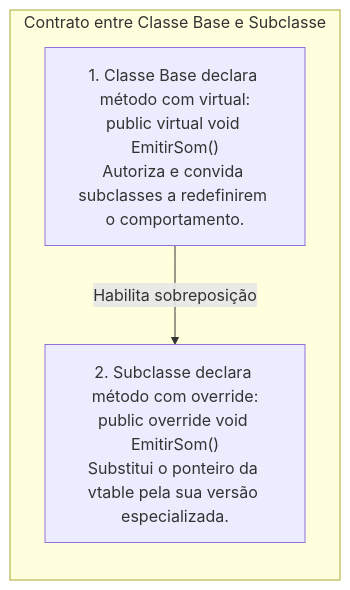
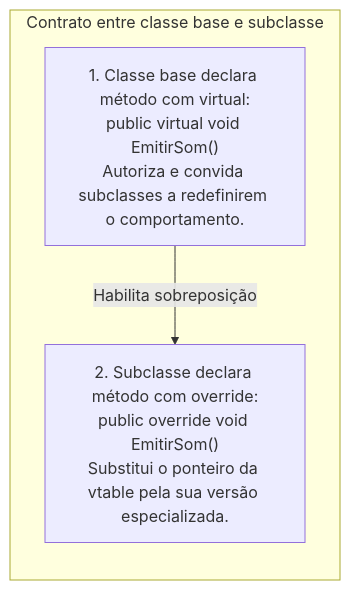
The fifth of 10 diagrams in 01. Programacao Modular/17. Sobreposição de métodos (virtual e override).md (leorruas/puc), drawn with Mermaid before and after one commit. The commit also changed other lines of this file and 3 other files, not shown here.

````diff
--- a/01. Programacao Modular/17. Sobreposição de métodos (virtual e override).md
+++ b/01. Programacao Modular/17. Sobreposição de métodos (virtual e override).md
@@ -204,12 +204,12 @@
 ```mermaid
 flowchart TD
-    subgraph MecanicaVirtualOverride ["Contrato entre Classe Base e Subclasse"]
+    subgraph MecanicaVirtualOverride ["Contrato entre classe base e subclasse"]
         direction TB
 
-        Base["1. Classe Base declara método com virtual:<br>public virtual void EmitirSom()<br>Autoriza e convida subclasses a redefinirem o comportamento."]
+        Base["1. Classe base declara método com virtual:<br>public virtual void EmitirSom()<br>Autoriza e convida subclasses a redefinirem o comportamento."]
         
         Filha["2. Subclasse declara método com override:<br>public override void EmitirSom()<br>Substitui o ponteiro da vtable pela sua versão especializada."]
 
         Base -->|Habilita sobreposição| Filha
     end
 ```
````
